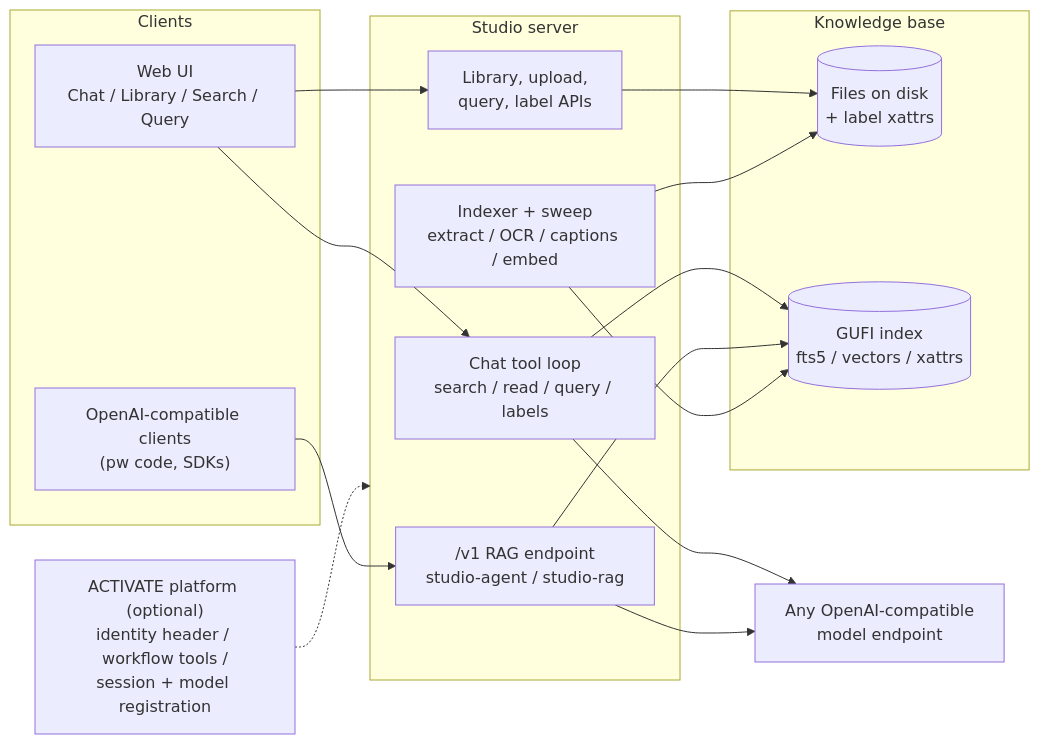
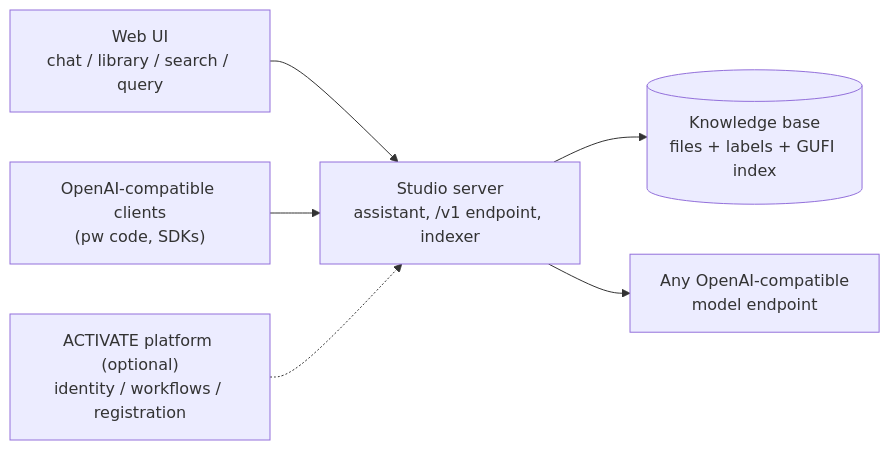
The diagram in README.md (parallelworks/activate-studio), drawn with Mermaid before and after one commit.

Commit message:
Simplify the README architecture diagram
The README diagram is the ten-second orientation; the internal server
decomposition it carried is documented in docs/ARCHITECTURE.md. Now
six nodes and five edges: both client types into the server, the
server onto the knowledge base and a model endpoint, the platform
dotted as optional.

````diff
--- a/README.md
+++ b/README.md
@@ -11,34 +11,9 @@
 ```mermaid
 flowchart LR
-    subgraph clients [Clients]
-        UI["Web UI<br/>Chat / Library / Search / Query"]
-        EXT["OpenAI-compatible clients<br/>(pw code, SDKs)"]
-    end
-
-    subgraph server [Studio server]
-        CHAT["Chat tool loop<br/>search / read / query / labels"]
-        RAG["/v1 RAG endpoint<br/>studio-agent / studio-rag"]
-        API["Library, upload,<br/>query, label APIs"]
-        SWEEP["Indexer + sweep<br/>extract / OCR / captions / embed"]
-    end
-
-    subgraph data [Knowledge base]
-        FS[("Files on disk<br/>+ label xattrs")]
-        IDX[("GUFI index<br/>fts5 / vectors / xattrs")]
-    end
-
-    MODEL["Any OpenAI-compatible<br/>model endpoint"]
-    PLATFORM["ACTIVATE platform (optional)<br/>identity header / workflow tools /<br/>session + model registration"]
-
-    UI --> CHAT
-    UI --> API
-    EXT --> RAG
-    CHAT --> IDX
-    RAG --> IDX
-    API --> FS
-    SWEEP --> FS
-    SWEEP --> IDX
-    CHAT --> MODEL
-    RAG --> MODEL
-    PLATFORM -.-> server
+    UI["Web UI<br/>chat / library / search / query"] --> STUDIO
+    EXT["OpenAI-compatible clients<br/>(pw code, SDKs)"] --> STUDIO
+    STUDIO["Studio server<br/>assistant, /v1 endpoint, indexer"] --> KB
+    STUDIO --> MODEL["Any OpenAI-compatible<br/>model endpoint"]
+    KB[("Knowledge base<br/>files + labels + GUFI index")]
+    PLATFORM["ACTIVATE platform (optional)<br/>identity / workflows / registration"] -.-> STUDIO
 ```
````
